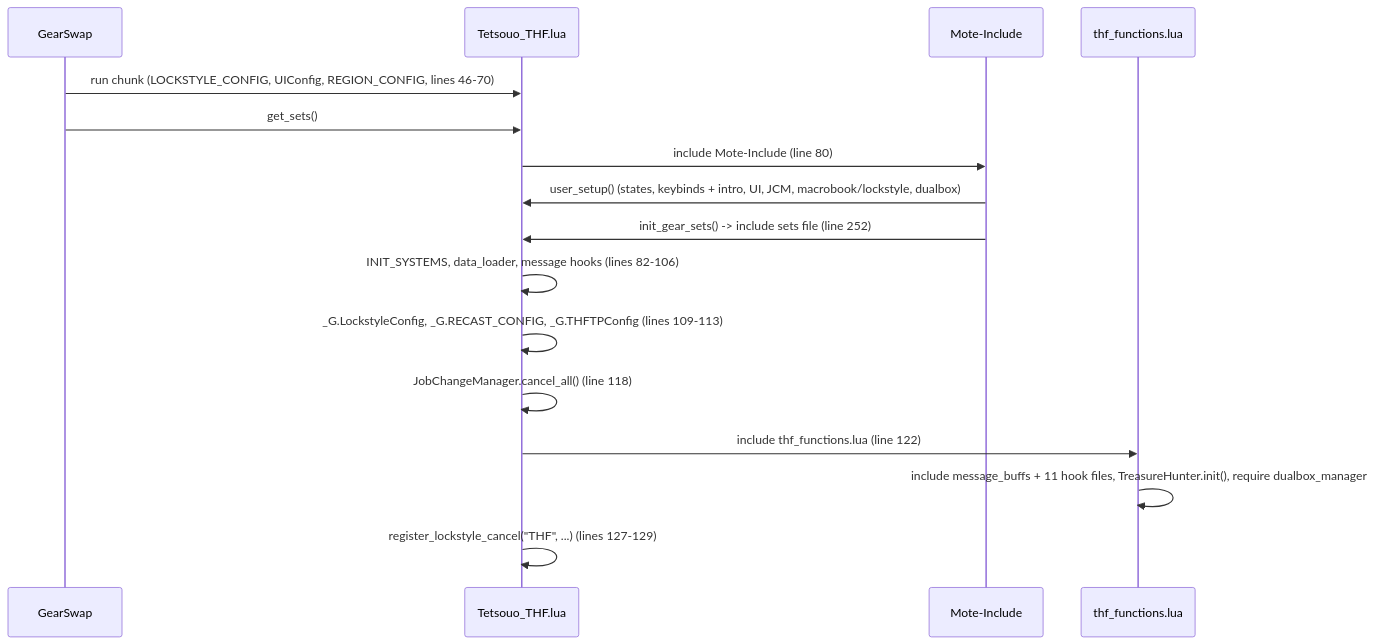
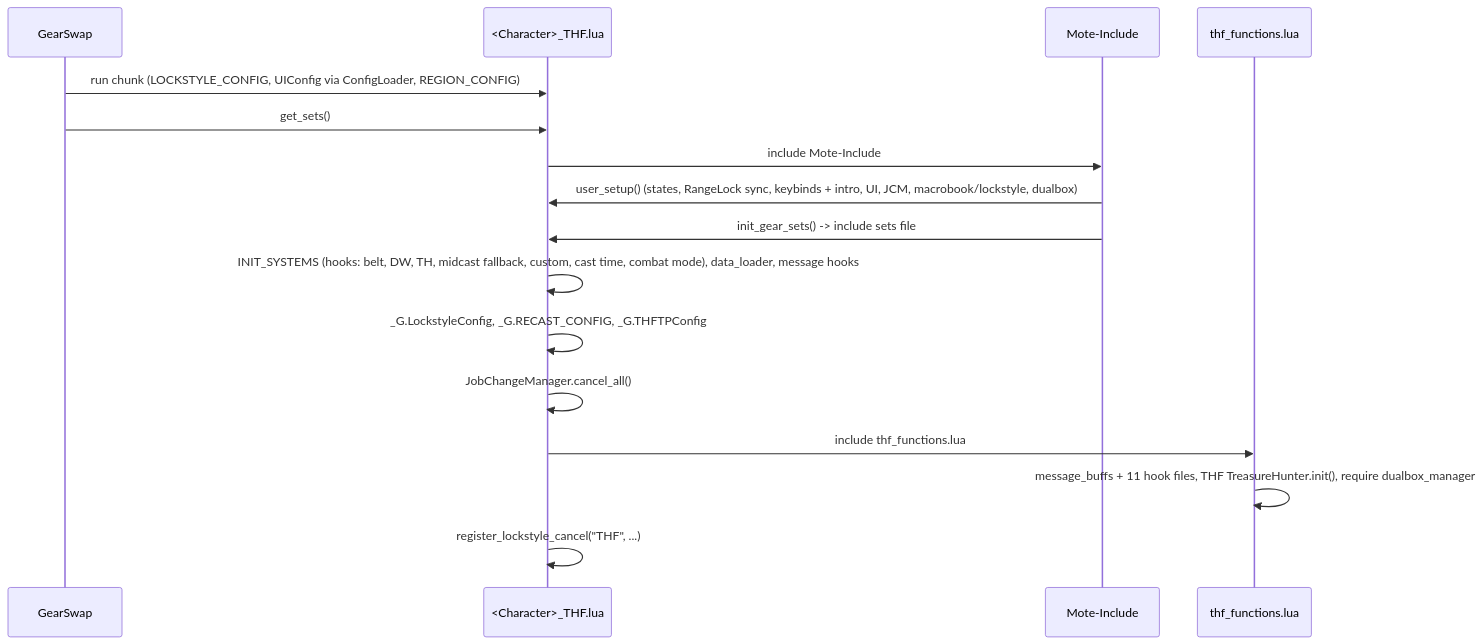
Before and after one commit to ejouanchicot/Gearswap: the first of 3 diagrams in docs/dev/jobs/thf.md, drawn with Mermaid. The commit also changed other lines of this file and 9 other files, not shown here.

Commit message:
docs(thf,sam,drk): player hubs, states checked, dev pages refreshed

````diff
--- a/docs/dev/jobs/thf.md
+++ b/docs/dev/jobs/thf.md
@@ -89,18 +93,18 @@
 ```mermaid
 sequenceDiagram
     participant GS as GearSwap
-    participant E as Tetsouo_THF.lua
+    participant E as <Character>_THF.lua
     participant M as Mote-Include
     participant F as thf_functions.lua
-    GS->>E: run chunk (LOCKSTYLE_CONFIG, UIConfig, REGION_CONFIG, lines 46-70)
+    GS->>E: run chunk (LOCKSTYLE_CONFIG, UIConfig via ConfigLoader, REGION_CONFIG)
     GS->>E: get_sets()
-    E->>M: include Mote-Include (line 80)
-    M->>E: user_setup() (states, keybinds + intro, UI, JCM, macrobook/lockstyle, dualbox)
-    M->>E: init_gear_sets() -> include sets file (line 252)
-    E->>E: INIT_SYSTEMS, data_loader, message hooks (lines 82-106)
-    E->>E: _G.LockstyleConfig, _G.RECAST_CONFIG, _G.THFTPConfig (lines 109-113)
-    E->>E: JobChangeManager.cancel_all() (line 118)
-    E->>F: include thf_functions.lua (line 122)
-    F->>F: include message_buffs + 11 hook files, TreasureHunter.init(), require dualbox_manager
-    E->>E: register_lockstyle_cancel("THF", ...) (lines 127-129)
+    E->>M: include Mote-Include
+    M->>E: user_setup() (states, RangeLock sync, keybinds + intro, UI, JCM, macrobook/lockstyle, dualbox)
+    M->>E: init_gear_sets() -> include sets file
+    E->>E: INIT_SYSTEMS (hooks: belt, DW, TH, midcast fallback, custom, cast time, combat mode), data_loader, message hooks
+    E->>E: _G.LockstyleConfig, _G.RECAST_CONFIG, _G.THFTPConfig
+    E->>E: JobChangeManager.cancel_all()
+    E->>F: include thf_functions.lua
+    F->>F: message_buffs + 11 hook files, THF TreasureHunter.init(), require dualbox_manager
+    E->>E: register_lockstyle_cancel("THF", ...)
 ```
````
